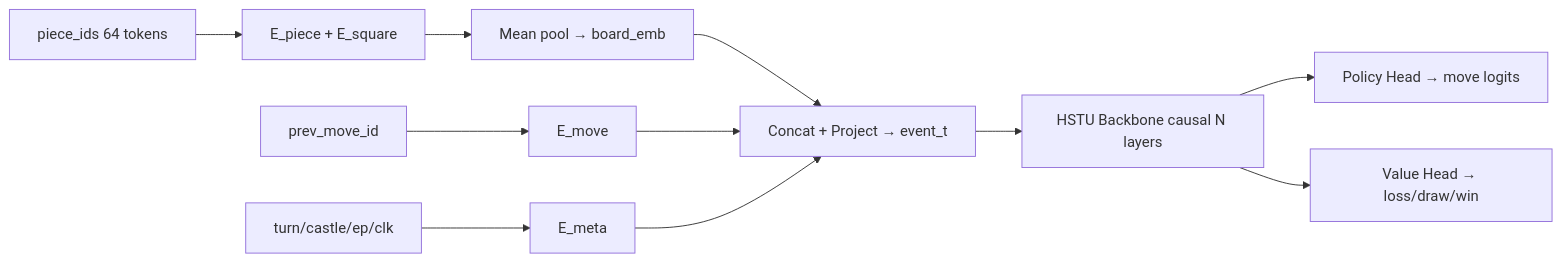
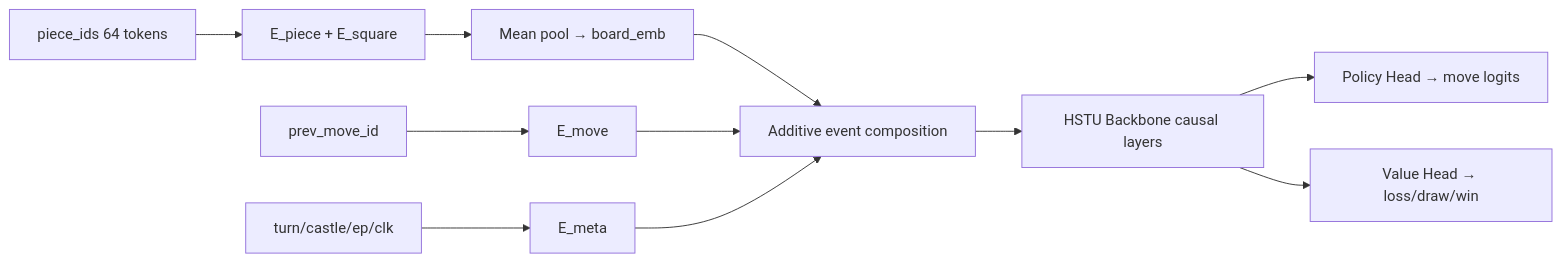
One commit to viig99/viig99.github.io changed the first of 4 diagrams in content/docs/posts/imba-chess.md. Above: the diagram before and after it, drawn with Mermaid. The commit also changed other lines of this file, not shown here.

```diff
--- a/content/docs/posts/imba-chess.md
+++ b/content/docs/posts/imba-chess.md
@@ -124,13 +185,13 @@
 {{< mermaid >}}
 flowchart LR
     A[piece_ids 64 tokens] --> B[E_piece + E_square]
     B --> C[Mean pool → board_emb]
     D[prev_move_id] --> E[E_move]
     F[turn/castle/ep/clk] --> G[E_meta]
-    C --> H[Concat + Project → event_t]
+    C --> H[Additive event composition]
     E --> H
     G --> H
-    H --> I[HSTU Backbone causal N layers]
+    H --> I[HSTU Backbone causal layers]
     I --> J[Policy Head → move logits]
     I --> K[Value Head → loss/draw/win]
 {{< /mermaid >}}
```
